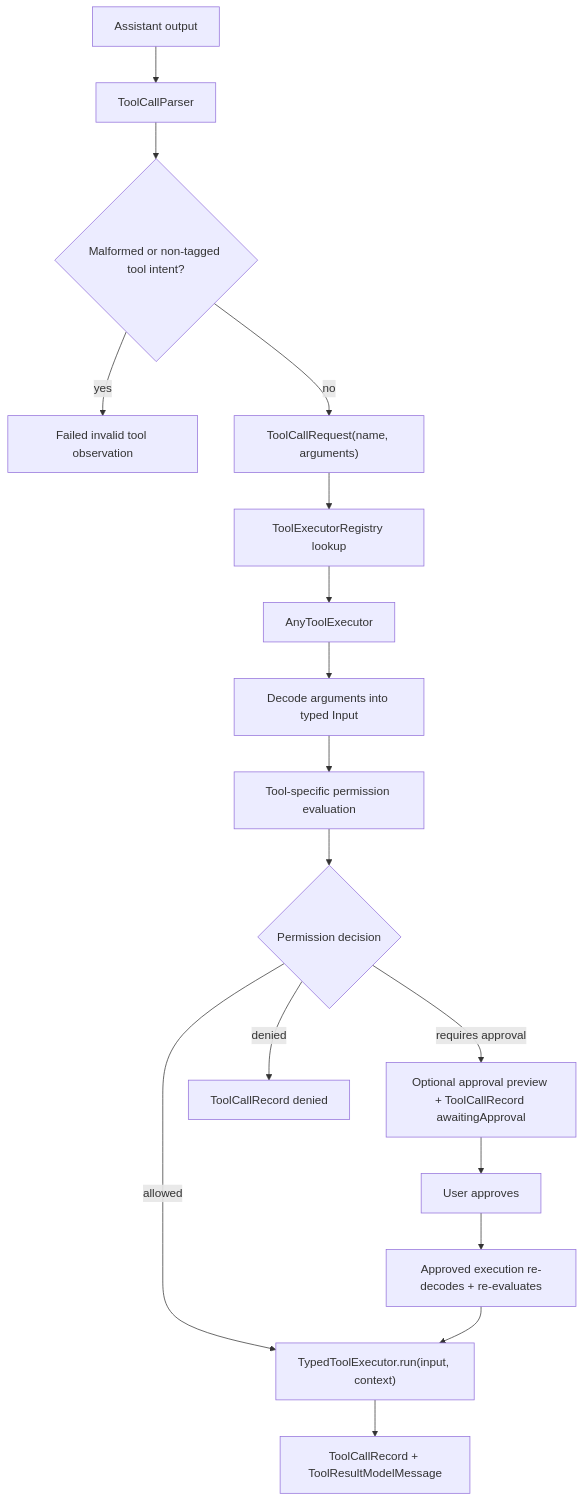
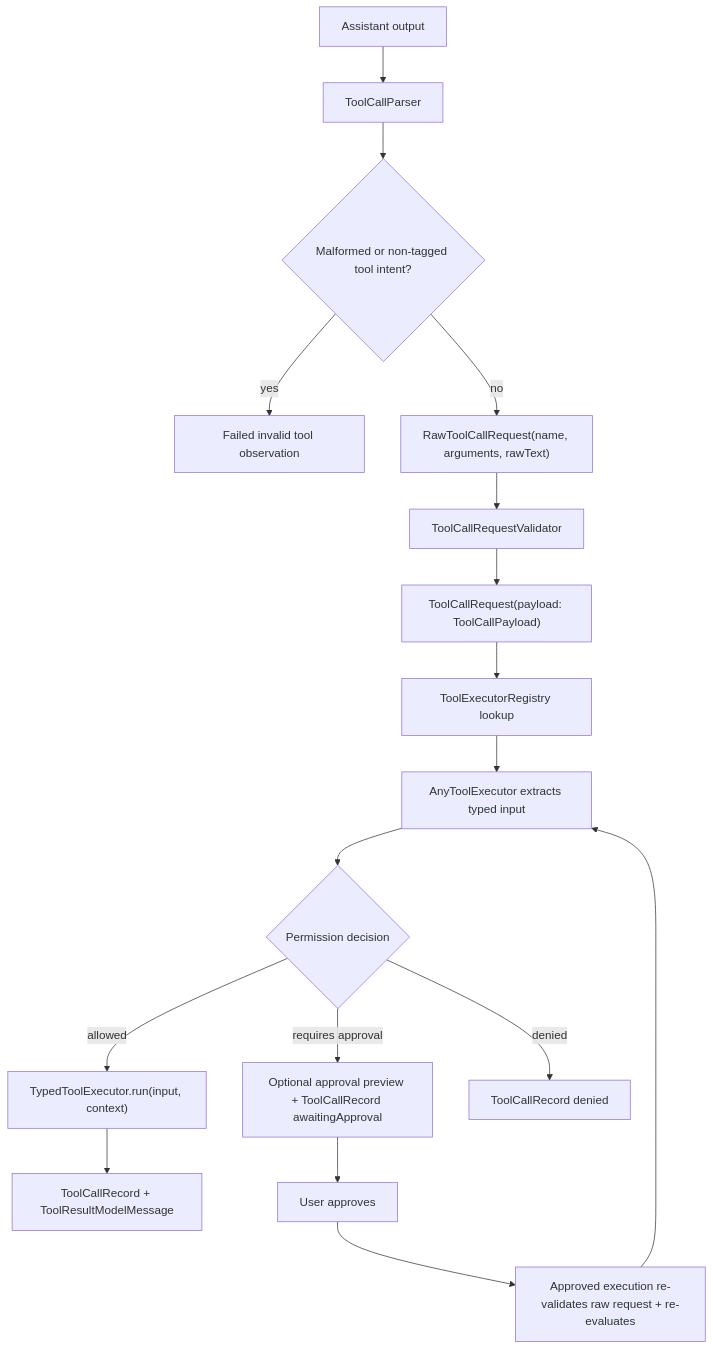
Before and after one commit to ngutech21/sumika-chat: the diagram in docs/tool-runtime.md, drawn with Mermaid. The commit also changed other lines of this file and 19 other files, not shown here.

````diff
--- a/docs/tool-runtime.md
+++ b/docs/tool-runtime.md
@@ -10,19 +10,19 @@
 ```mermaid
 flowchart TD
   A["Assistant output"] --> B["ToolCallParser"]
   B --> Z{"Malformed or non-tagged tool intent?"}
   Z -- "yes" --> Y["Failed invalid tool observation"]
-  Z -- "no" --> C["ToolCallRequest(name, arguments)"]
-  C --> D["ToolExecutorRegistry lookup"]
-  D --> E["AnyToolExecutor"]
-  E --> F["Decode arguments into typed Input"]
-  F --> G["Tool-specific permission evaluation"]
+  Z -- "no" --> C["RawToolCallRequest(name, arguments, rawText)"]
+  C --> D["ToolCallRequestValidator"]
+  D --> E["ToolCallRequest(payload: ToolCallPayload)"]
+  E --> F["ToolExecutorRegistry lookup"]
+  F --> G["AnyToolExecutor extracts typed input"]
   G --> H{"Permission decision"}
   H -- "allowed" --> I["TypedToolExecutor.run(input, context)"]
   H -- "requires approval" --> J["Optional approval preview + ToolCallRecord awaitingApproval"]
   H -- "denied" --> K["ToolCallRecord denied"]
   I --> L["ToolCallRecord + ToolResultModelMessage"]
   J --> M["User approves"]
-  M --> N["Approved execution re-decodes + re-evaluates"]
-  N --> I
+  M --> N["Approved execution re-validates raw request + re-evaluates"]
+  N --> G
 ```
````
